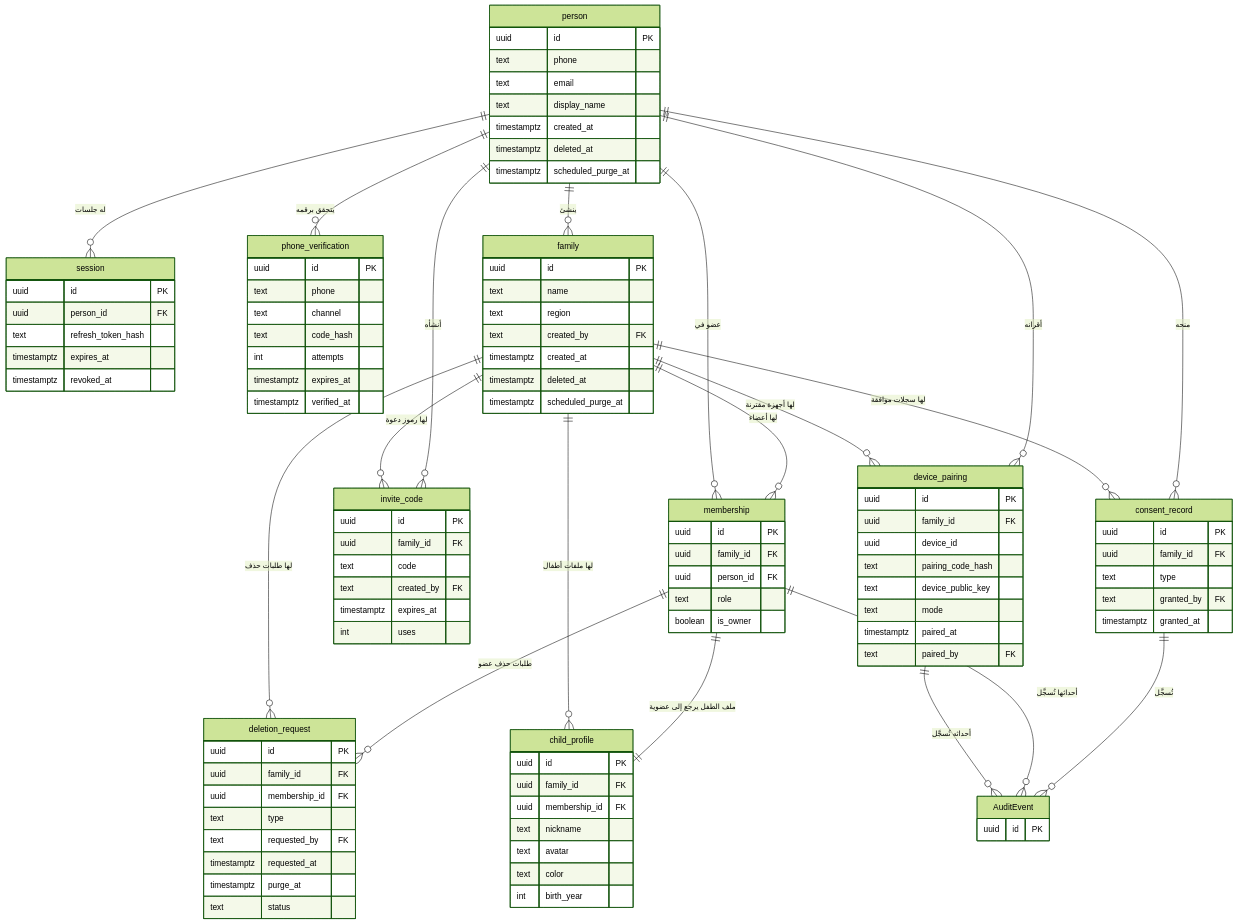
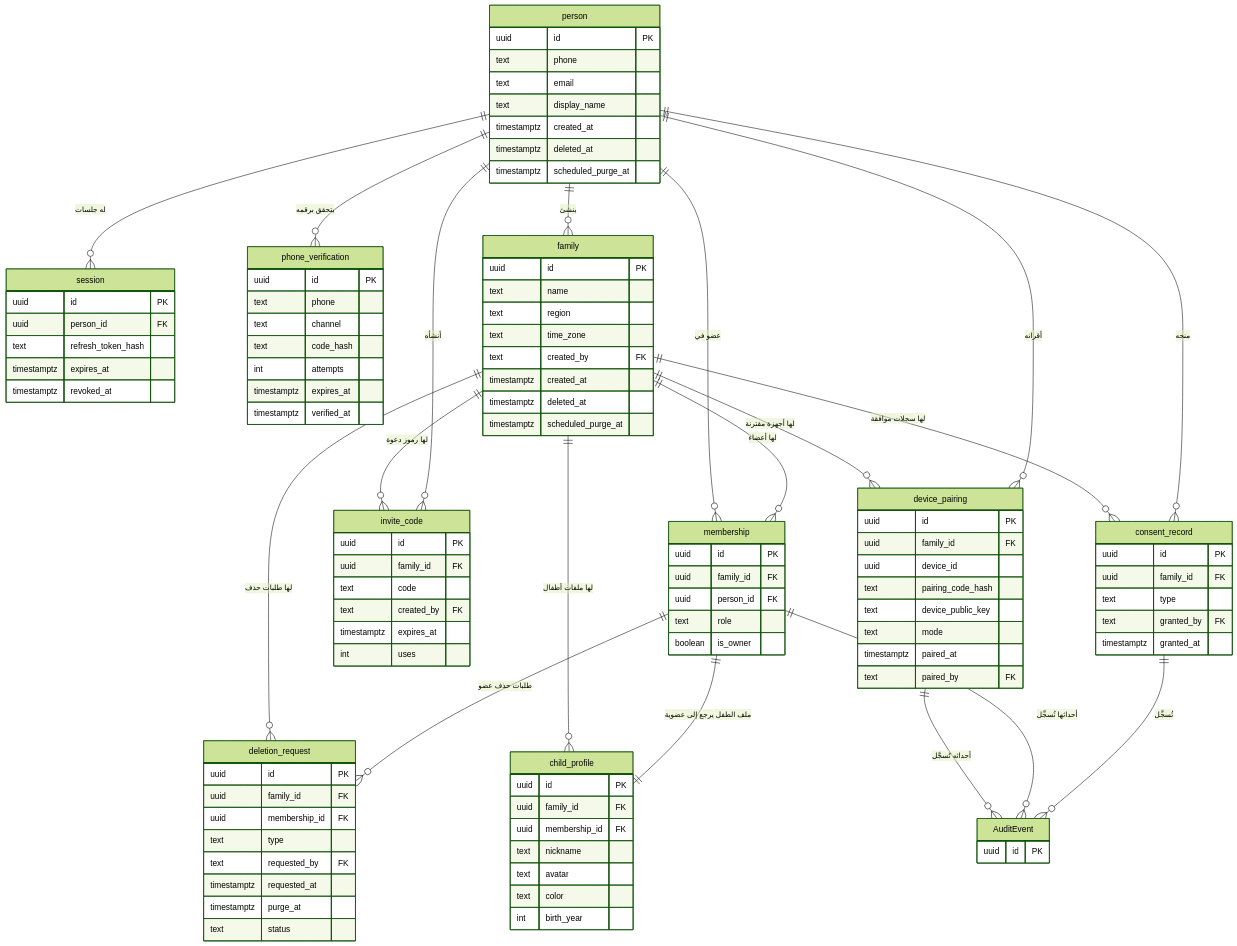
The second of 13 diagrams in docs/family-os/governance/phases/phase-1/S1-02-identity-and-onboarding/DIAGRAMS.md (Bassam-mohammed-alqaeadi/family-os-v2), drawn with Mermaid (forest theme) before and after one commit. The commit also changed other lines of this file and 13 other files, not shown here.

```diff
--- a/docs/family-os/governance/phases/phase-1/S1-02-identity-and-onboarding/DIAGRAMS.md
+++ b/docs/family-os/governance/phases/phase-1/S1-02-identity-and-onboarding/DIAGRAMS.md
@@ -132,6 +132,7 @@
         uuid id PK
         text name
         text region
+        text time_zone
         text created_by FK
         timestamptz created_at
         timestamptz deleted_at
```
